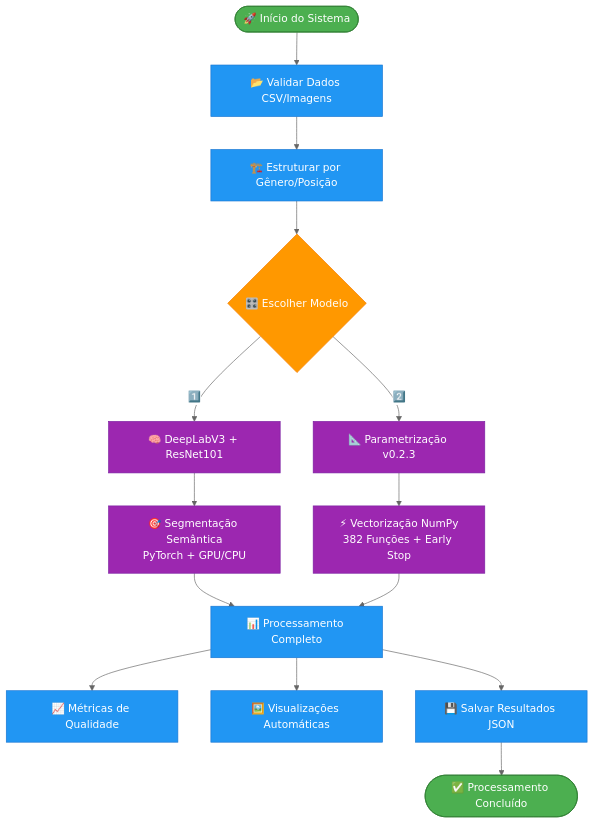
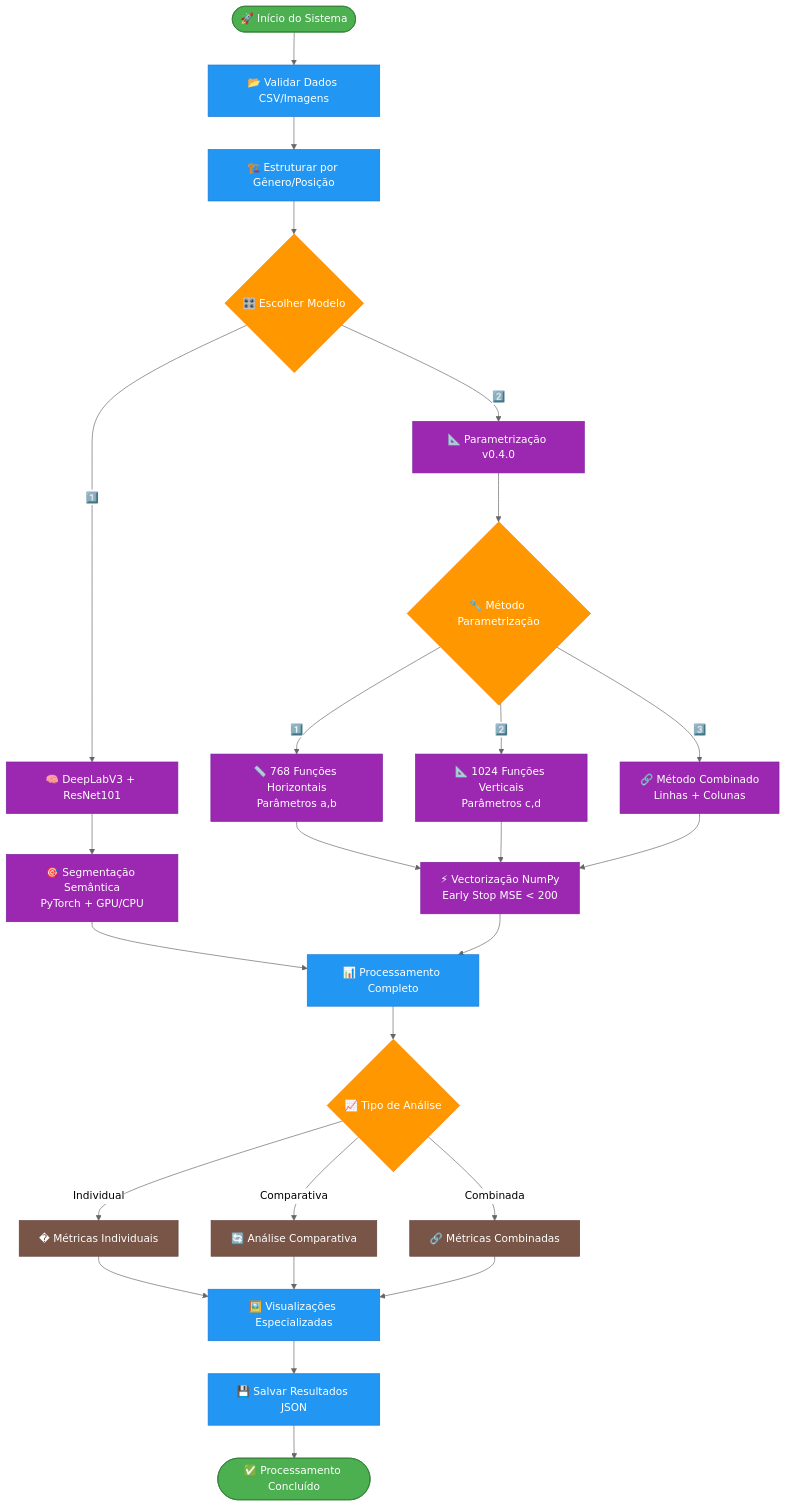
One commit to danilorigitano/DesafioInovia-dev changed the second of 8 diagrams in README.md. Above: the diagram before and after it, drawn with Mermaid (neutral theme). The commit also changed other lines of this file and 5 other files, not shown here.

````diff
--- a/README.md
+++ b/README.md
@@ -55,32 +78,48 @@
 ```mermaid
 flowchart TD
     Start([🚀 Início do Sistema]) --> ValidData[📂 Validar Dados CSV/Imagens]
     ValidData --> StructData[🏗️ Estruturar por Gênero/Posição]
     StructData --> ChooseModel{🎛️ Escolher Modelo}
     
     ChooseModel -->|1️⃣| DeepLabV3[🧠 DeepLabV3 + ResNet101]
-    ChooseModel -->|2️⃣| Parametrizacao[📐 Parametrização v0.2.3]
+    ChooseModel -->|2️⃣| Parametrizacao[📐 Parametrização v0.4.0]
     
     DeepLabV3 --> DLProcess[🎯 Segmentação Semântica<br/>PyTorch + GPU/CPU]
-    Parametrizacao --> ParamProcess[⚡ Vectorização NumPy<br/>382 Funções + Early Stop]
+    Parametrizacao --> MethodChoice{🔧 Método Parametrização}
+    
+    MethodChoice -->|1️⃣| LinhasMethod[📏 768 Funções Horizontais<br/>Parâmetros a,b]
+    MethodChoice -->|2️⃣| ColunasMethod[📐 1024 Funções Verticais<br/>Parâmetros c,d]
+    MethodChoice -->|3️⃣| CombinedMethod[🔗 Método Combinado<br/>Linhas + Colunas]
+    
+    LinhasMethod --> VectorProcess[⚡ Vectorização NumPy<br/>Early Stop MSE < 200]
+    ColunasMethod --> VectorProcess
+    CombinedMethod --> VectorProcess
     
     DLProcess --> Results[📊 Processamento Completo]
-    ParamProcess --> Results
+    VectorProcess --> Results
     
-    Results --> Metrics[📈 Métricas de Qualidade]
-    Results --> Visualizations[🖼️ Visualizações Automáticas]
-    Results --> SaveJSON[💾 Salvar Resultados JSON]
+    Results --> Analysis{📈 Tipo de Análise}
+    Analysis -->|Individual| IndividualMetrics[� Métricas Individuais]
+    Analysis -->|Comparativa| ComparativeMetrics[🔄 Análise Comparativa]
+    Analysis -->|Combinada| CombinedMetrics[🔗 Métricas Combinadas]
     
+    IndividualMetrics --> Visualizations[🖼️ Visualizações Especializadas]
+    ComparativeMetrics --> Visualizations
+    CombinedMetrics --> Visualizations
+    
+    Visualizations --> SaveJSON[💾 Salvar Resultados JSON]
     SaveJSON --> End([✅ Processamento Concluído])
     
     classDef start fill:#4CAF50,stroke:#2E7D32,color:#fff
     classDef process fill:#2196F3,stroke:#1976D2,color:#fff
     classDef decision fill:#FF9800,stroke:#F57C00,color:#fff
     classDef model fill:#9C27B0,stroke:#7B1FA2,color:#fff
+    classDef analysis fill:#795548,stroke:#5D4037,color:#fff
     classDef output fill:#F44336,stroke:#C62828,color:#fff
     
     class Start,End start
-    class ValidData,StructData,Results,Metrics,Visualizations,SaveJSON process
-    class ChooseModel decision
-    class DeepLabV3,Parametrizacao,DLProcess,ParamProcess model
+    class ValidData,StructData,Results,Visualizations,SaveJSON process
+    class ChooseModel,MethodChoice,Analysis decision
+    class DeepLabV3,Parametrizacao,LinhasMethod,ColunasMethod,CombinedMethod,DLProcess,VectorProcess model
+    class IndividualMetrics,ComparativeMetrics,CombinedMetrics analysis
 ```
````
